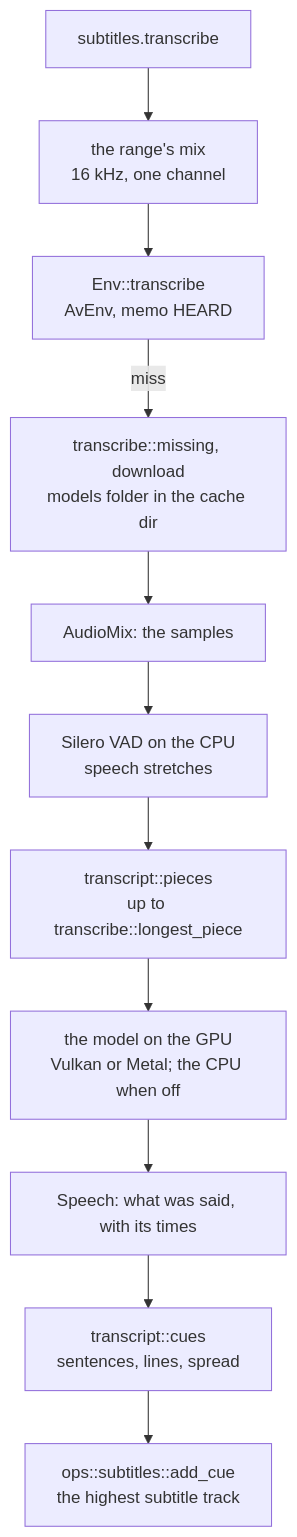
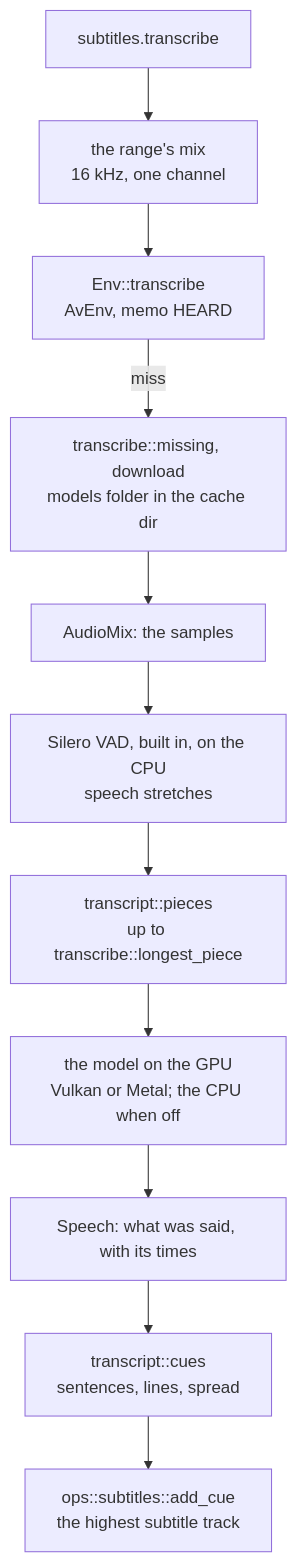
Before and after one commit to oittaa/vidcut: the second of 2 diagrams in docs/design/analysis.md, drawn with Mermaid. The commit also changed other lines of this file and 7 other files, not shown here.

First line of the commit message:
Subtitles: Silero VAD built into vidcut

````diff
--- a/docs/design/analysis.md
+++ b/docs/design/analysis.md
@@ -39,13 +39,13 @@
 ```mermaid
 flowchart TD
   req["subtitles.transcribe"] --> plan["the range's mix<br>16 kHz, one channel"]
   plan --> env["Env::transcribe<br>AvEnv, memo HEARD"]
   env -- "miss" --> files["transcribe::missing, download<br>models folder in the cache dir"]
   files --> mix["AudioMix: the samples"]
-  mix --> vad["Silero VAD on the CPU<br>speech stretches"]
+  mix --> vad["Silero VAD, built in, on the CPU<br>speech stretches"]
   vad --> pieces["transcript::pieces<br>up to transcribe::longest_piece"]
   pieces --> asr["the model on the GPU<br>Vulkan or Metal; the CPU when off"]
   asr --> said["Speech: what was said, with its times"]
   said --> cues["transcript::cues<br>sentences, lines, spread"]
   cues --> track["ops::subtitles::add_cue<br>the highest subtitle track"]
 ```
````
